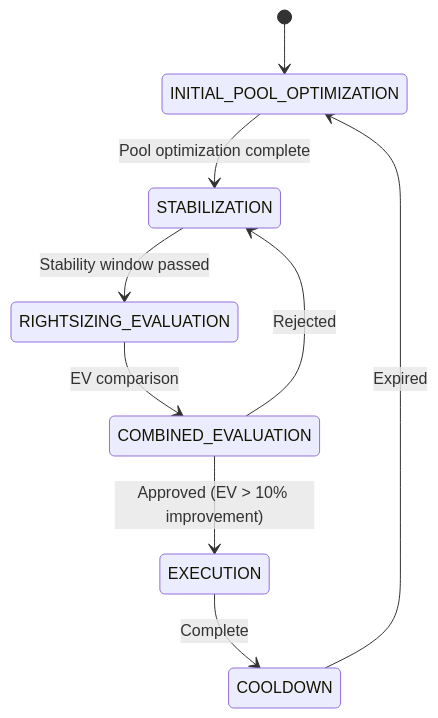
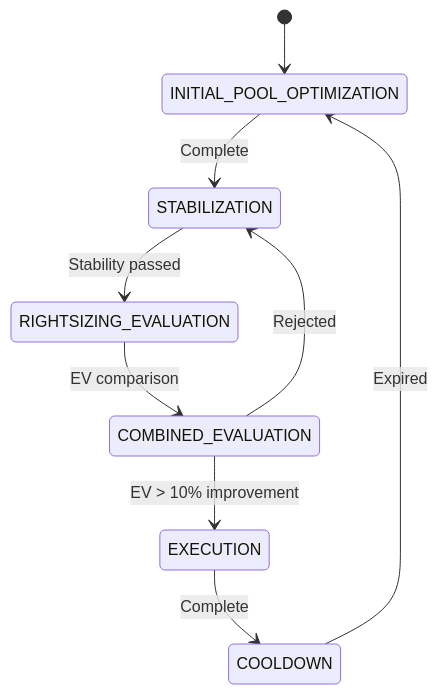
One commit to atharva0608/final-ml changed diagram 15 of 16 in documents/logic.md. Above: the diagram before and after it, drawn with Mermaid. The commit also changed other lines of this file and 93 other files, not shown here.

````diff
--- a/documents/logic.md
+++ b/documents/logic.md
@@ -830,11 +902,11 @@
 ```mermaid
 stateDiagram-v2
     [*] --> INITIAL_POOL_OPTIMIZATION
-    INITIAL_POOL_OPTIMIZATION --> STABILIZATION : Pool optimization complete
-    STABILIZATION --> RIGHTSIZING_EVALUATION : Stability window passed
+    INITIAL_POOL_OPTIMIZATION --> STABILIZATION : Complete
+    STABILIZATION --> RIGHTSIZING_EVALUATION : Stability passed
     RIGHTSIZING_EVALUATION --> COMBINED_EVALUATION : EV comparison
-    COMBINED_EVALUATION --> EXECUTION : Approved (EV > 10% improvement)
+    COMBINED_EVALUATION --> EXECUTION : EV > 10% improvement
     COMBINED_EVALUATION --> STABILIZATION : Rejected
     EXECUTION --> COOLDOWN : Complete
     COOLDOWN --> INITIAL_POOL_OPTIMIZATION : Expired
 ```
````
